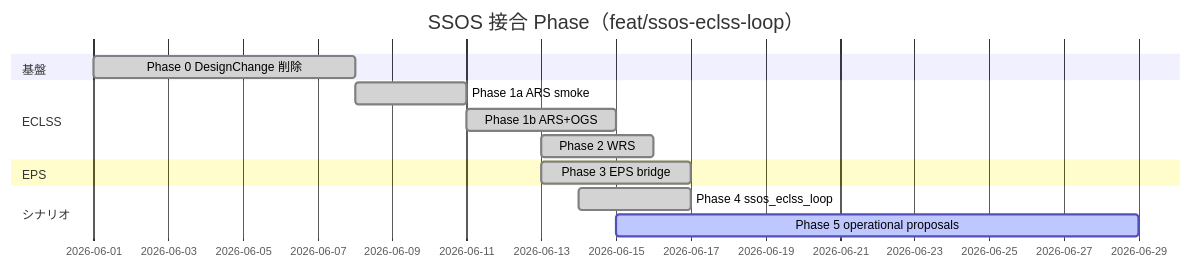
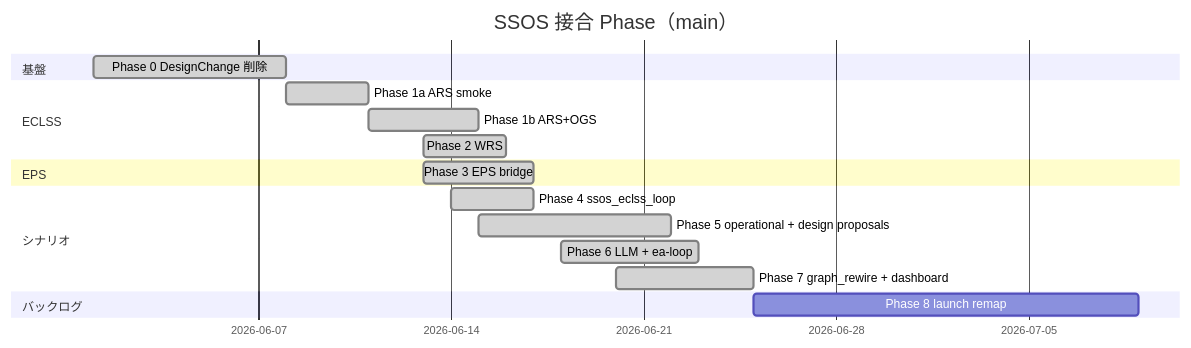
Before and after one commit to hirototamura/engineering_agents: the diagram in docs/ja/ssos/roadmap.md, drawn with Mermaid. The commit also changed other lines of this file and 21 other files, not shown here.

````diff
--- a/docs/ja/ssos/roadmap.md
+++ b/docs/ja/ssos/roadmap.md
@@ -19,16 +22,20 @@
 ```mermaid
 gantt
-  title SSOS 接合 Phase（feat/ssos-eclss-loop）
+  title SSOS 接合 Phase（main）
   dateFormat YYYY-MM-DD
   section 基盤
   Phase 0 DesignChange 削除     :done, p0, 2026-06-01, 7d
   section ECLSS
   Phase 1a ARS smoke            :done, p1a, 2026-06-08, 3d
   Phase 1b ARS+OGS              :done, p1b, 2026-06-11, 4d
   Phase 2 WRS                   :done, p2, 2026-06-13, 3d
   section EPS
   Phase 3 EPS bridge            :done, p3, 2026-06-13, 4d
   section シナリオ
   Phase 4 ssos_eclss_loop       :done, p4, 2026-06-14, 3d
-  Phase 5 operational proposals :active, p5, 2026-06-15, 14d
+  Phase 5 operational + design proposals :done, p5, 2026-06-15, 7d
+  Phase 6 LLM + ea-loop         :done, p6, 2026-06-18, 5d
+  Phase 7 graph_rewire + dashboard :done, p7, 2026-06-20, 5d
+  section バックログ
+  Phase 8 launch remap          :p8, 2026-06-25, 14d
 ```
````
